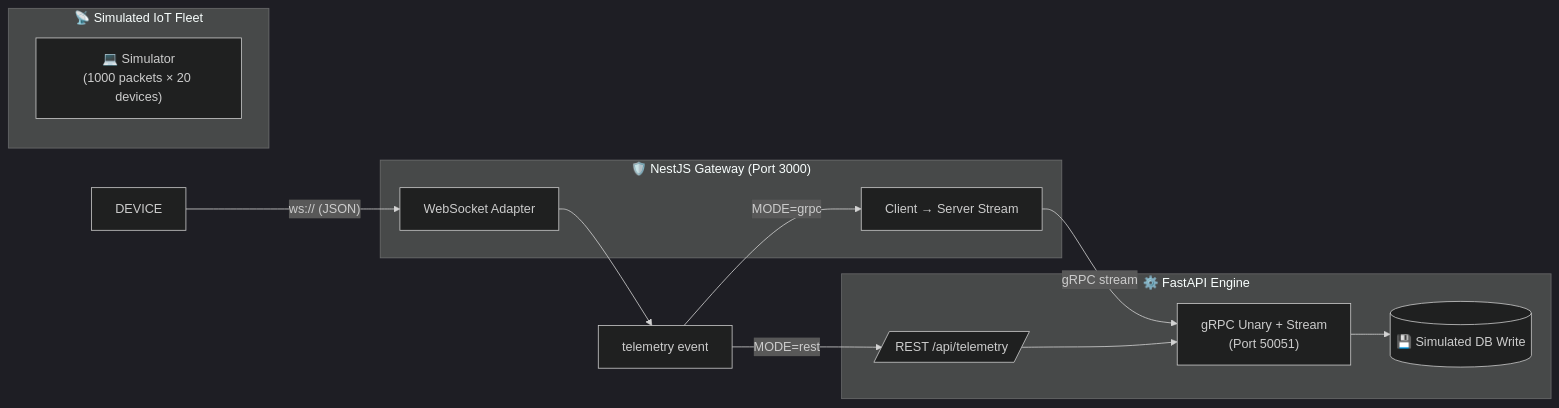
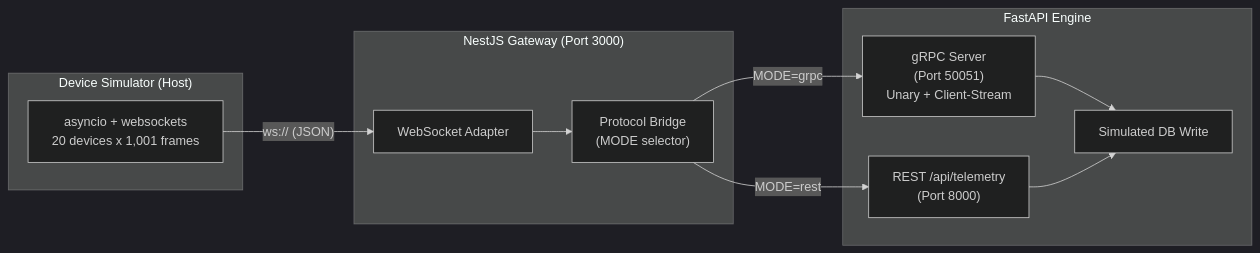
Before and after one commit to Phat-pham99/gRPC-demo: the first of 2 diagrams in README.md, drawn with Mermaid (dark theme). The commit also changed other lines of this file, not shown here.

````diff
--- a/README.md
+++ b/README.md
@@ -44,24 +56,24 @@
 ```mermaid
 flowchart LR
-    subgraph Client["📡 Simulated IoT Fleet"]
-        DEV1["💻 Simulator<br/>(1000 packets × 20 devices)"]
+    subgraph Client["Device Simulator (Host)"]
+        SIM["asyncio + websockets\n20 devices x 1,001 frames"]
     end
 
-    subgraph Gateway["🛡️ NestJS Gateway (Port 3000)"]
-        WS[WebSocket Adapter]
-        STREAM[Client → Server Stream]
+    subgraph Gateway["NestJS Gateway (Port 3000)"]
+        WS["WebSocket Adapter"]
+        BRIDGE["Protocol Bridge\n(MODE selector)"]
     end
 
-    subgraph Engine["⚙️ FastAPI Engine"]
-        REST[/"REST /api/telemetry"/]
-        GRPC["gRPC Unary + Stream<br/>(Port 50051)"]
-        DB[("💾 Simulated DB Write")]
+    subgraph Engine["FastAPI Engine"]
+        REST["REST /api/telemetry\n(Port 8000)"]
+        GRPC["gRPC Server\n(Port 50051)\nUnary + Client-Stream"]
+        DB["Simulated DB Write"]
     end
 
-    DEVICE -- "ws:// (JSON)" --> WS
-    WS --> TELE["telemetry event"]
-    TELE -- "MODE=grpc" --> STREAM -- "gRPC stream" --> GRPC
-    TELE -- "MODE=rest" --> REST
-    REST --> GRPC
+    SIM -->|"ws:// (JSON)"| WS
+    WS --> BRIDGE
+    BRIDGE -->|"MODE=grpc"| GRPC
+    BRIDGE -->|"MODE=rest"| REST
     GRPC --> DB
+    REST --> DB
 ```
````
